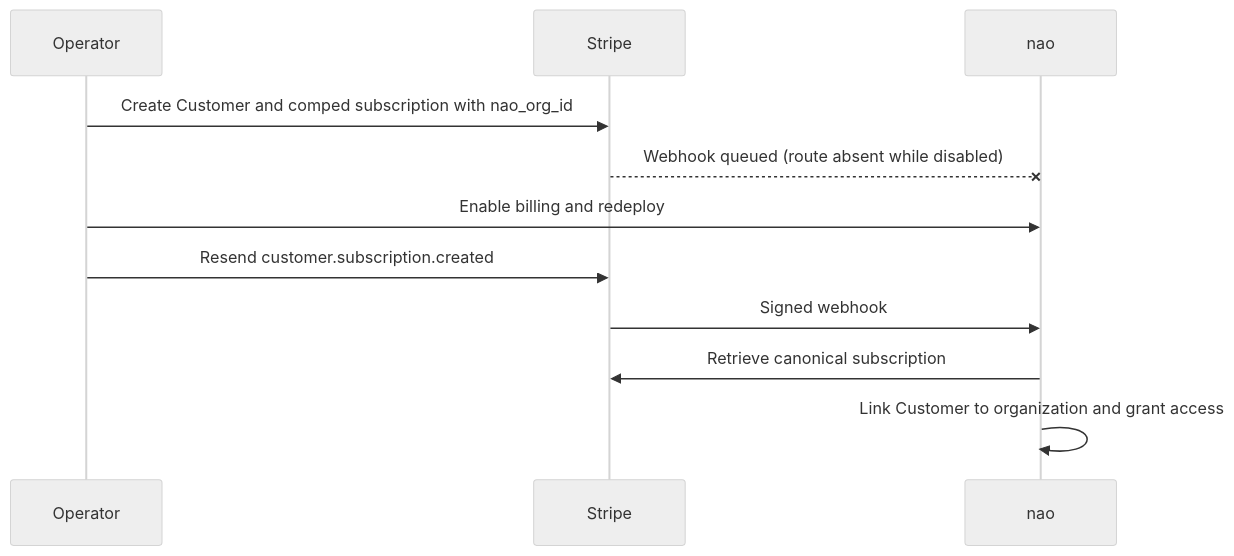
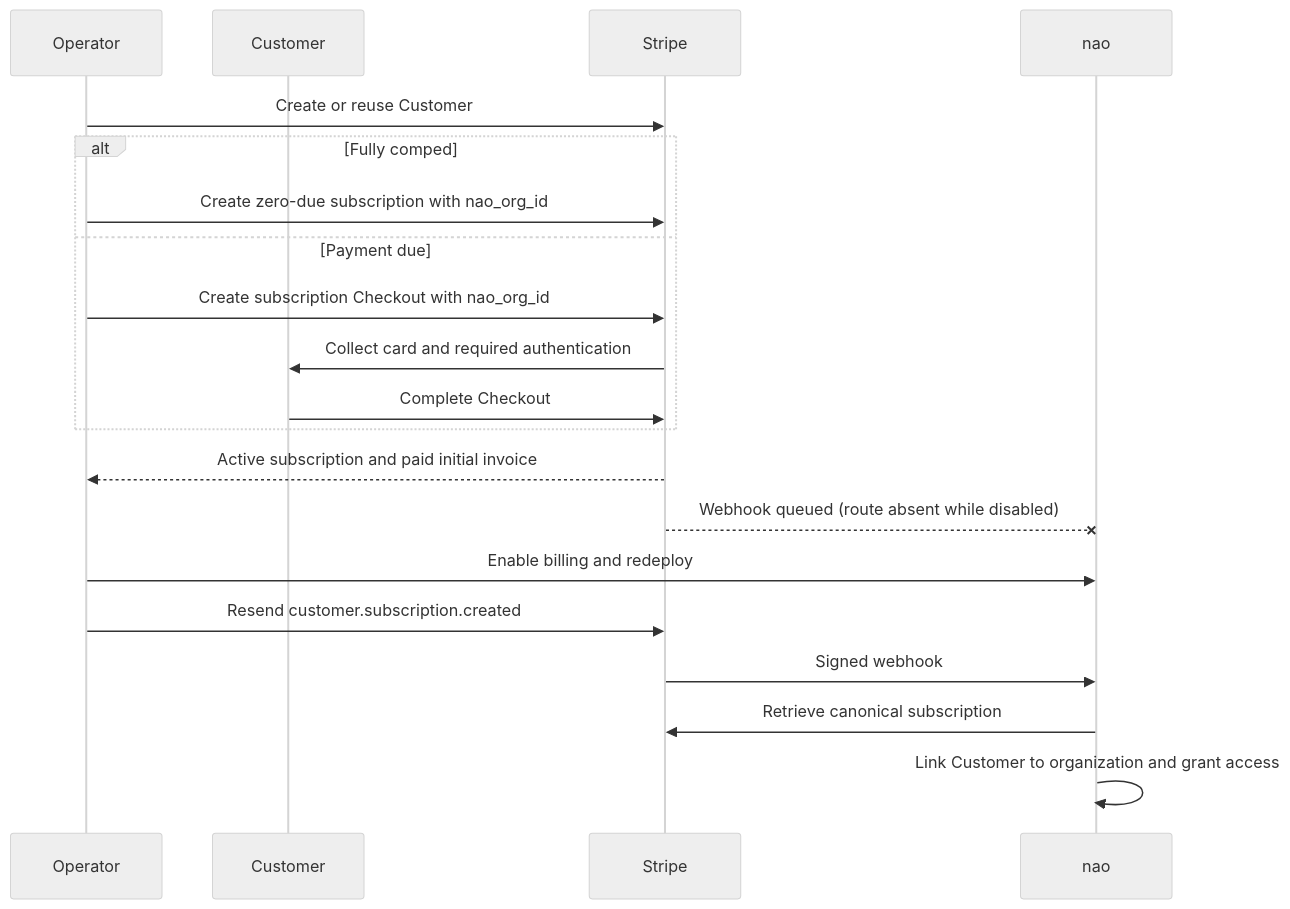
One commit to DavisTownsend/nao changed the fifth of 6 diagrams in apps/backend/docs/cloud-billing-stripe.md. Above: the diagram before and after it, drawn with Mermaid (neutral theme). The commit also changed other lines of this file and 3 other files, not shown here.

````diff
--- a/apps/backend/docs/cloud-billing-stripe.md
+++ b/apps/backend/docs/cloud-billing-stripe.md
@@ -301,13 +304,22 @@
 ```mermaid
 sequenceDiagram
     participant Operator
+    participant Customer
     participant Stripe
     participant nao
-    Operator->>Stripe: Create Customer and comped subscription with nao_org_id
+    Operator->>Stripe: Create or reuse Customer
+    alt Fully comped
+        Operator->>Stripe: Create zero-due subscription with nao_org_id
+    else Payment due
+        Operator->>Stripe: Create subscription Checkout with nao_org_id
+        Stripe->>Customer: Collect card and required authentication
+        Customer->>Stripe: Complete Checkout
+    end
+    Stripe-->>Operator: Active subscription and paid initial invoice
     Stripe--xnao: Webhook queued (route absent while disabled)
     Operator->>nao: Enable billing and redeploy
     Operator->>Stripe: Resend customer.subscription.created
     Stripe->>nao: Signed webhook
     nao->>Stripe: Retrieve canonical subscription
     nao->>nao: Link Customer to organization and grant access
 ```
````
